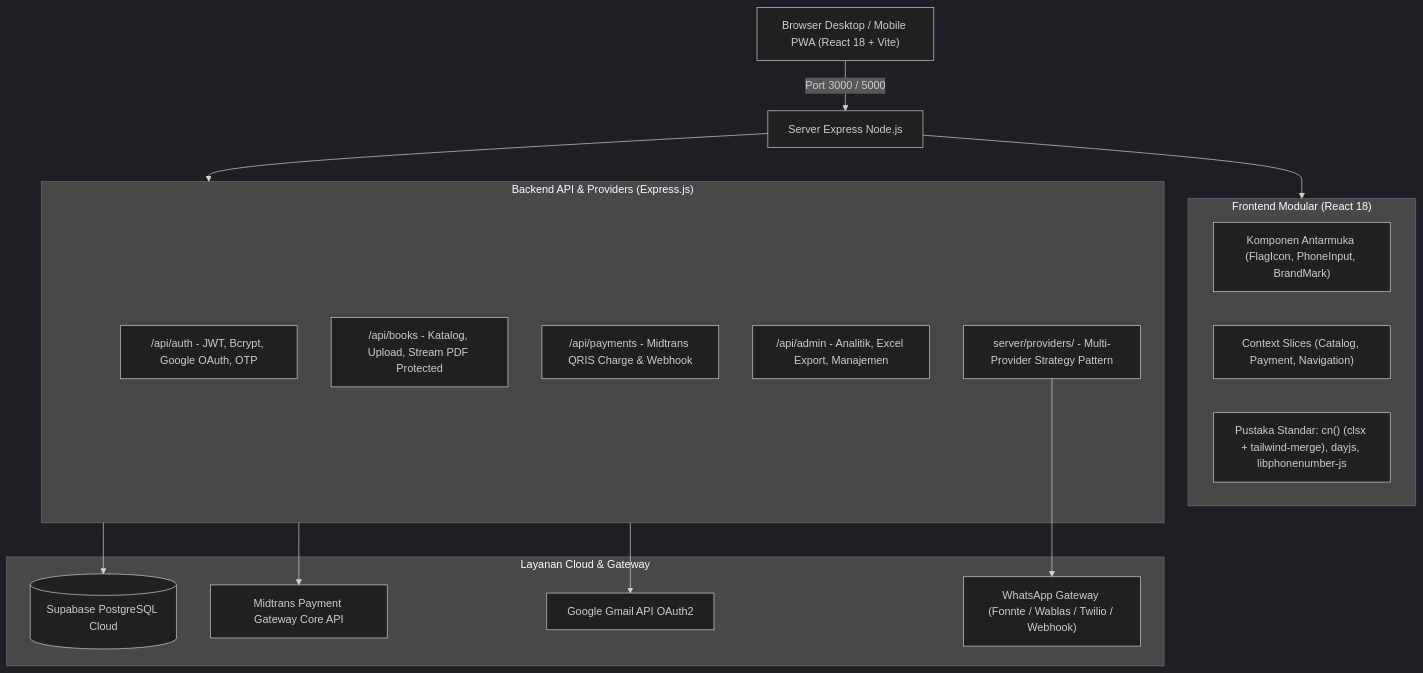
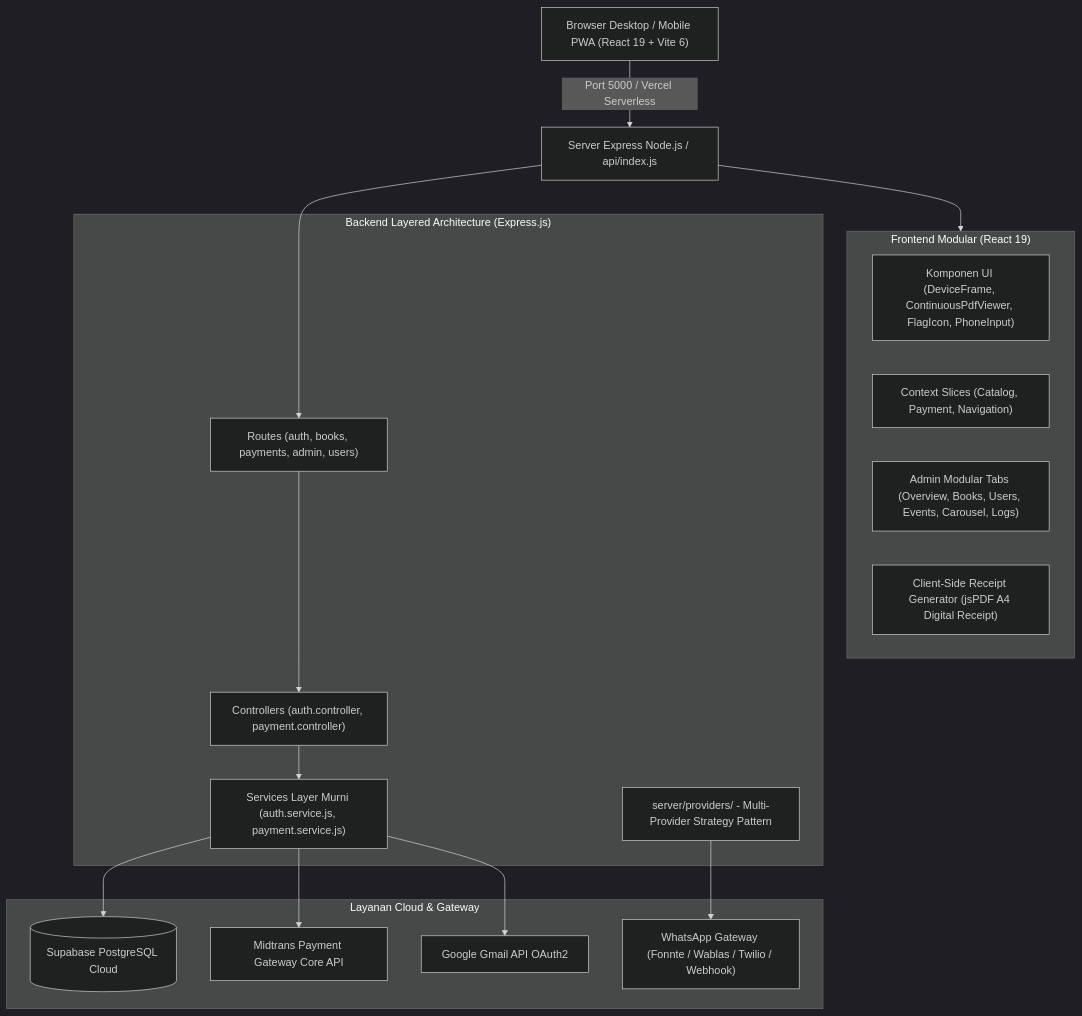
One commit to daffa-789/Wahidiyah-Book-Midtrans changed the diagram in Master_Memory_Workflow.md. Above: the diagram before and after it, drawn with Mermaid (dark theme). The commit also changed other lines of this file and 3 other files, not shown here.

Commit message:
docs: consolidate all architectural, design, and release updates into Master_Memory_Workflow.md (Single Source of Truth), ARCHITECTURE.md, DESIGN.md, and README.md

````diff
--- a/Master_Memory_Workflow.md
+++ b/Master_Memory_Workflow.md
@@ -101,32 +122,34 @@
 ```mermaid
 graph TD
-    Client["Browser Desktop / Mobile PWA (React 18 + Vite)"] -->|Port 3000 / 5000| Express["Server Express Node.js"]
+    Client["Browser Desktop / Mobile PWA (React 19 + Vite 6)"] -->|Port 5000 / Vercel Serverless| Express["Server Express Node.js / api/index.js"]
     
-    subgraph Frontend ["Frontend Modular (React 18)"]
-        UI["Komponen Antarmuka (FlagIcon, PhoneInput, BrandMark)"]
+    subgraph Frontend ["Frontend Modular (React 19)"]
+        UI["Komponen UI (DeviceFrame, ContinuousPdfViewer, FlagIcon, PhoneInput)"]
         State["Context Slices (Catalog, Payment, Navigation)"]
-        Util["Pustaka Standar: cn() (clsx + tailwind-merge), dayjs, libphonenumber-js"]
+        AdminTabs["Admin Modular Tabs (Overview, Books, Users, Events, Carousel, Logs)"]
+        Receipt["Client-Side Receipt Generator (jsPDF A4 Digital Receipt)"]
     end
 
-    subgraph Backend ["Backend API & Providers (Express.js)"]
-        AuthRoute["/api/auth - JWT, Bcrypt, Google OAuth, OTP"]
-        BookRoute["/api/books - Katalog, Upload, Stream PDF Protected"]
-        PayRoute["/api/payments - Midtrans QRIS Charge & Webhook"]
-        AdminRoute["/api/admin - Analitik, Excel Export, Manajemen"]
+    subgraph Backend ["Backend Layered Architecture (Express.js)"]
+        Routes["Routes (auth, books, payments, admin, users)"]
+        Controllers["Controllers (auth.controller, payment.controller)"]
+        Services["Services Layer Murni (auth.service.js, payment.service.js)"]
         WAProviders["server/providers/ - Multi-Provider Strategy Pattern"]
     end
 
     subgraph External ["Layanan Cloud & Gateway"]
         Supa[("Supabase PostgreSQL Cloud")]
         Midtrans["Midtrans Payment Gateway Core API"]
         Gmail["Google Gmail API OAuth2"]
         WAGateway["WhatsApp Gateway (Fonnte / Wablas / Twilio / Webhook)"]
     end
 
     Express --> Frontend
-    Express --> Backend
-    Backend --> Supa
-    Backend --> Midtrans
-    Backend --> Gmail
+    Express --> Routes
+    Routes --> Controllers
+    Controllers --> Services
+    Services --> Supa
+    Services --> Midtrans
+    Services --> Gmail
     WAProviders --> WAGateway
 ```
````
